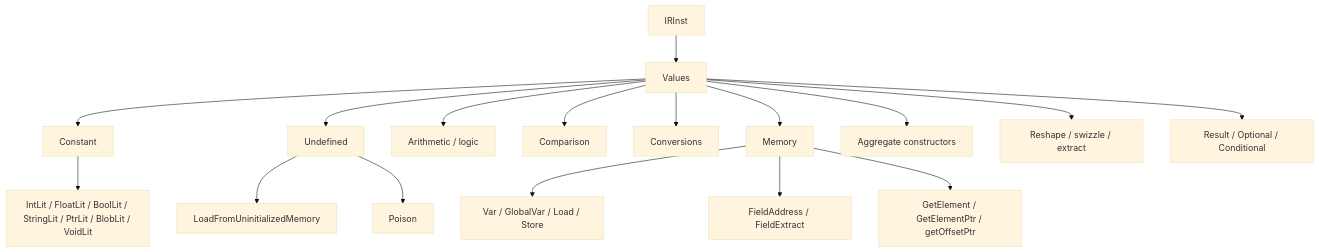
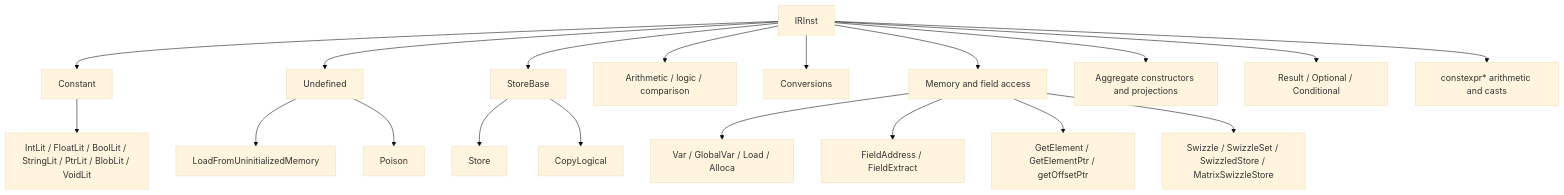
The diagram in docs/generated/design/ir-reference/values.md (shader-slang/slang), drawn with Mermaid (base theme) before and after one commit. The commit also changed other lines of this file and 176 other files, not shown here.

````diff
--- a/docs/generated/design/ir-reference/values.md
+++ b/docs/generated/design/ir-reference/values.md
@@ -58,19 +105,21 @@
 ```mermaid
 flowchart TD
-  IRInst --> Values
-  Values --> ConstantNode[Constant]
-  Values --> UndefinedNode[Undefined]
-  Values --> ArithLogic["Arithmetic / logic"]
-  Values --> Comparison
-  Values --> Conversions
-  Values --> Memory
-  Values --> Aggregates["Aggregate constructors"]
-  Values --> Reshape["Reshape / swizzle / extract"]
-  Values --> AlgebraicHelpers["Result / Optional / Conditional"]
+  IRInst --> ConstantNode[Constant]
+  IRInst --> UndefinedNode[Undefined]
+  IRInst --> StoreBaseNode[StoreBase]
+  IRInst --> ArithLogic["Arithmetic / logic / comparison"]
+  IRInst --> Conversions
+  IRInst --> Memory["Memory and field access"]
+  IRInst --> Aggregates["Aggregate constructors and projections"]
+  IRInst --> AlgebraicHelpers["Result / Optional / Conditional"]
+  IRInst --> ConstexprOps["constexpr* arithmetic and casts"]
   ConstantNode --> Literals["IntLit / FloatLit / BoolLit / StringLit / PtrLit / BlobLit / VoidLit"]
   UndefinedNode --> uninitNode["LoadFromUninitializedMemory"]
   UndefinedNode --> PoisonNode[Poison]
-  Memory --> AddressOps["Var / GlobalVar / Load / Store"]
+  StoreBaseNode --> StoreNode[Store]
+  StoreBaseNode --> CopyLogicalNode[CopyLogical]
+  Memory --> AddressOps["Var / GlobalVar / Load / Alloca"]
   Memory --> FieldOps["FieldAddress / FieldExtract"]
   Memory --> ElementOps["GetElement / GetElementPtr / getOffsetPtr"]
+  Memory --> SwizzleOps["Swizzle / SwizzleSet / SwizzledStore / MatrixSwizzleStore"]
 ```
````
